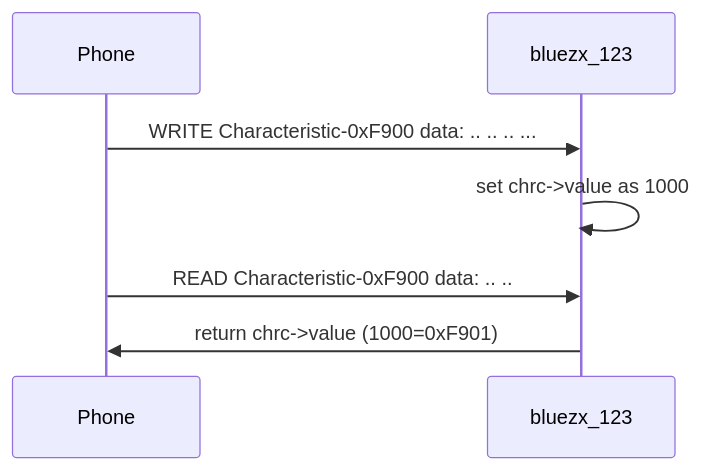
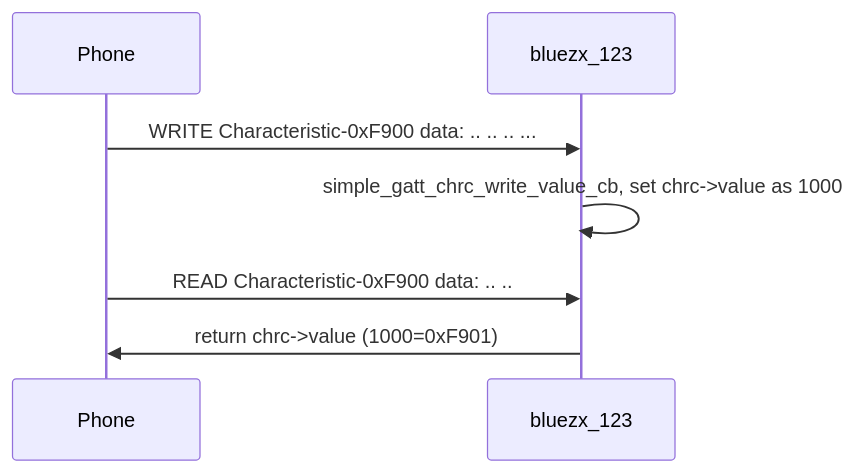
Before and after one commit to lankahsu520/BlueZX: the first of 3 diagrams in README.md, drawn with Mermaid. The commit also changed other lines of this file and 9 other files, not shown here.

````diff
--- a/README.md
+++ b/README.md
@@ -47,12 +47,12 @@
 ```mermaid
 sequenceDiagram
 	participant Phone
 	participant bluezx_123
 
 	Phone->>bluezx_123: WRITE Characteristic-0xF900 data: .. .. .. ...
-	bluezx_123->>bluezx_123: set chrc->value as 1000
+	bluezx_123->>bluezx_123: simple_gatt_chrc_write_value_cb, set chrc->value as 1000
 	
 	Phone->>bluezx_123: READ Characteristic-0xF900 data: .. .. 
 	bluezx_123->>Phone: return chrc->value (1000=0xF901)
 
 ```
````
